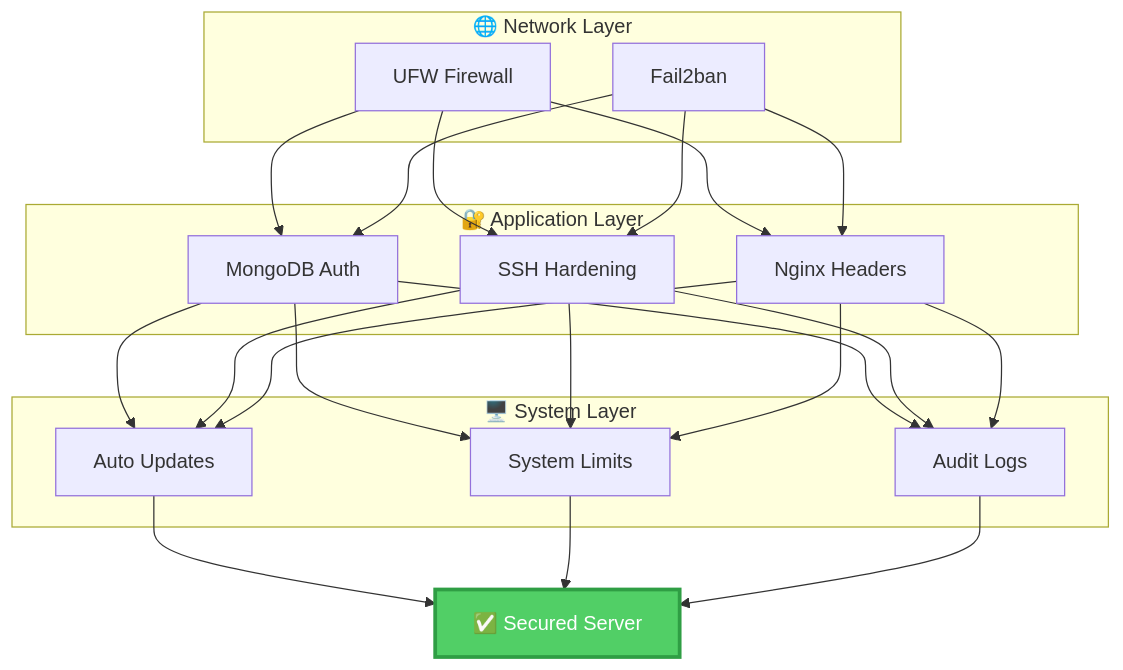
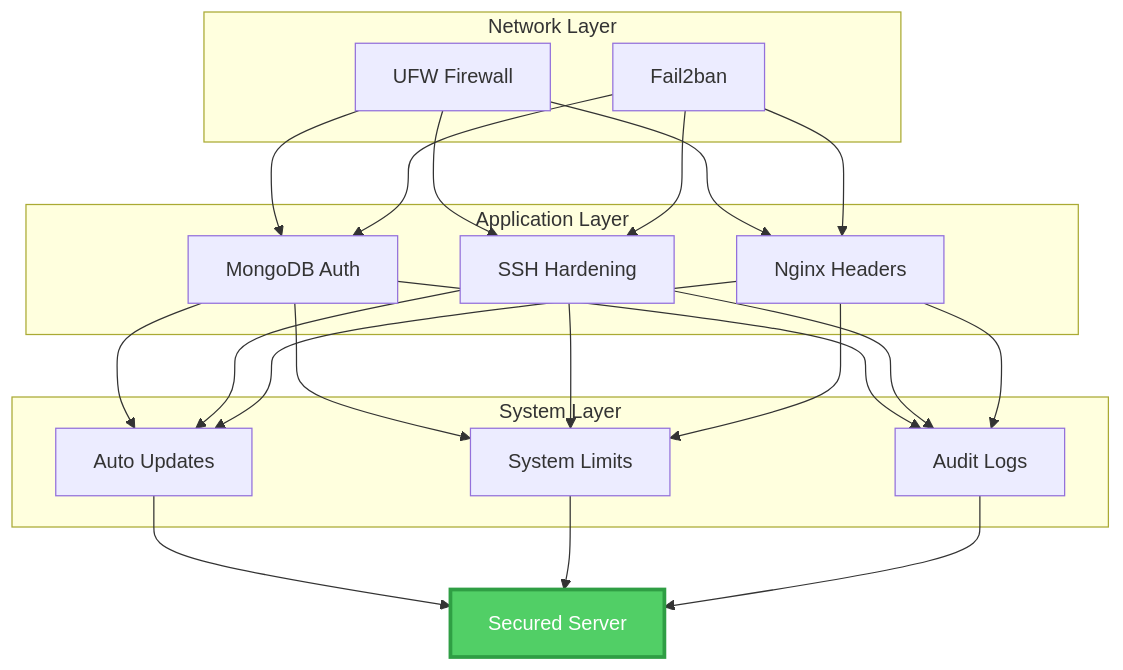
Before and after one commit to naveed-gung/Auto-Server-Script: the seventh of 7 diagrams in README.md, drawn with Mermaid. The commit also changed other lines of this file and 1 other file, not shown here.

````diff
--- a/README.md
+++ b/README.md
@@ -1400,25 +1364,25 @@
 ```mermaid
 graph TB
-    subgraph "🌐 Network Layer"
-        A[UFW Firewall]
-        B[Fail2ban]
-    end
-    
-    subgraph "🔐 Application Layer"
-        C[MongoDB Auth]
-        D[SSH Hardening]
-        E[Nginx Headers]
-    end
-    
-    subgraph "🖥️ System Layer"
-        F[Auto Updates]
-        G[System Limits]
-        H[Audit Logs]
-    end
-    
-    A & B --> C & D & E
-    C & D & E --> F & G & H
-    F & G & H --> I[✅ Secured Server]
-    
-    style I fill:#51cf66,stroke:#2f9e44,stroke-width:3px,color:#fff
+subgraph " Network Layer"
+A[UFW Firewall]
+B[Fail2ban]
+end
+
+subgraph " Application Layer"
+C[MongoDB Auth]
+D[SSH Hardening]
+E[Nginx Headers]
+end
+
+subgraph " System Layer"
+F[Auto Updates]
+G[System Limits]
+H[Audit Logs]
+end
+
+A & B --> C & D & E
+C & D & E --> F & G & H
+F & G & H --> I[ Secured Server]
+
+style I fill:#51cf66,stroke:#2f9e44,stroke-width:3px,color:#fff
 ```
````
